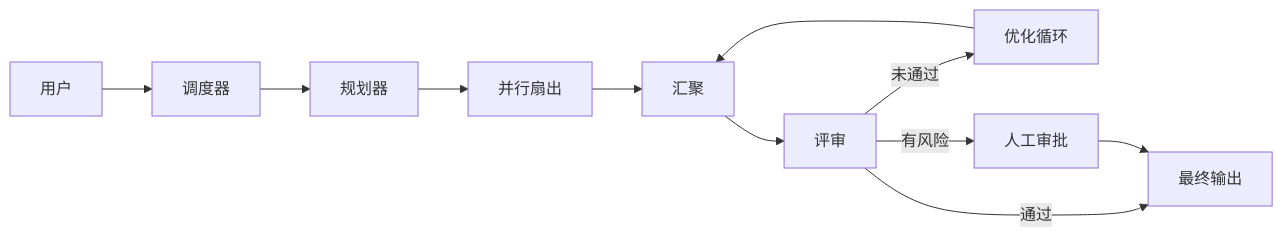
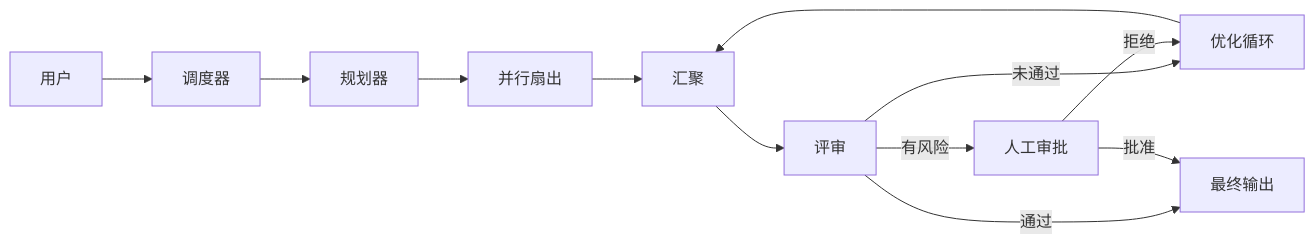
The diagram in content/wiki/patterns/composite-pattern.md (riba2534/multi-agent-wiki-cn), drawn with Mermaid before and after one commit. The commit also changed other lines of this file and 41 other files, not shown here.

First line of the commit message:
docs: 全面质量改进 - 术语统一、Mermaid规范化、间距修复

````diff
--- a/content/wiki/patterns/composite-pattern.md
+++ b/content/wiki/patterns/composite-pattern.md
@@ -16,13 +16,14 @@
 ```mermaid
 flowchart LR
-  U[用户] --> D[调度器]
-  D --> P[规划器]
-  P --> F[并行扇出]
-  F --> G[汇聚]
-  G --> C[评审]
-  C -->|未通过| L[优化循环]
+  U["用户"] --> D["调度器"]
+  D --> P["规划器"]
+  P --> F["并行扇出"]
+  F --> G["汇聚"]
+  G --> C["评审"]
+  C -->|"未通过"| L["优化循环"]
   L --> G
-  C -->|有风险| H[人工审批]
-  C -->|通过| R[最终输出]
-  H --> R
+  C -->|"有风险"| H["人工审批"]
+  C -->|"通过"| R["最终输出"]
+  H -->|"批准"| R
+  H -->|"拒绝"| L
 ```
````
